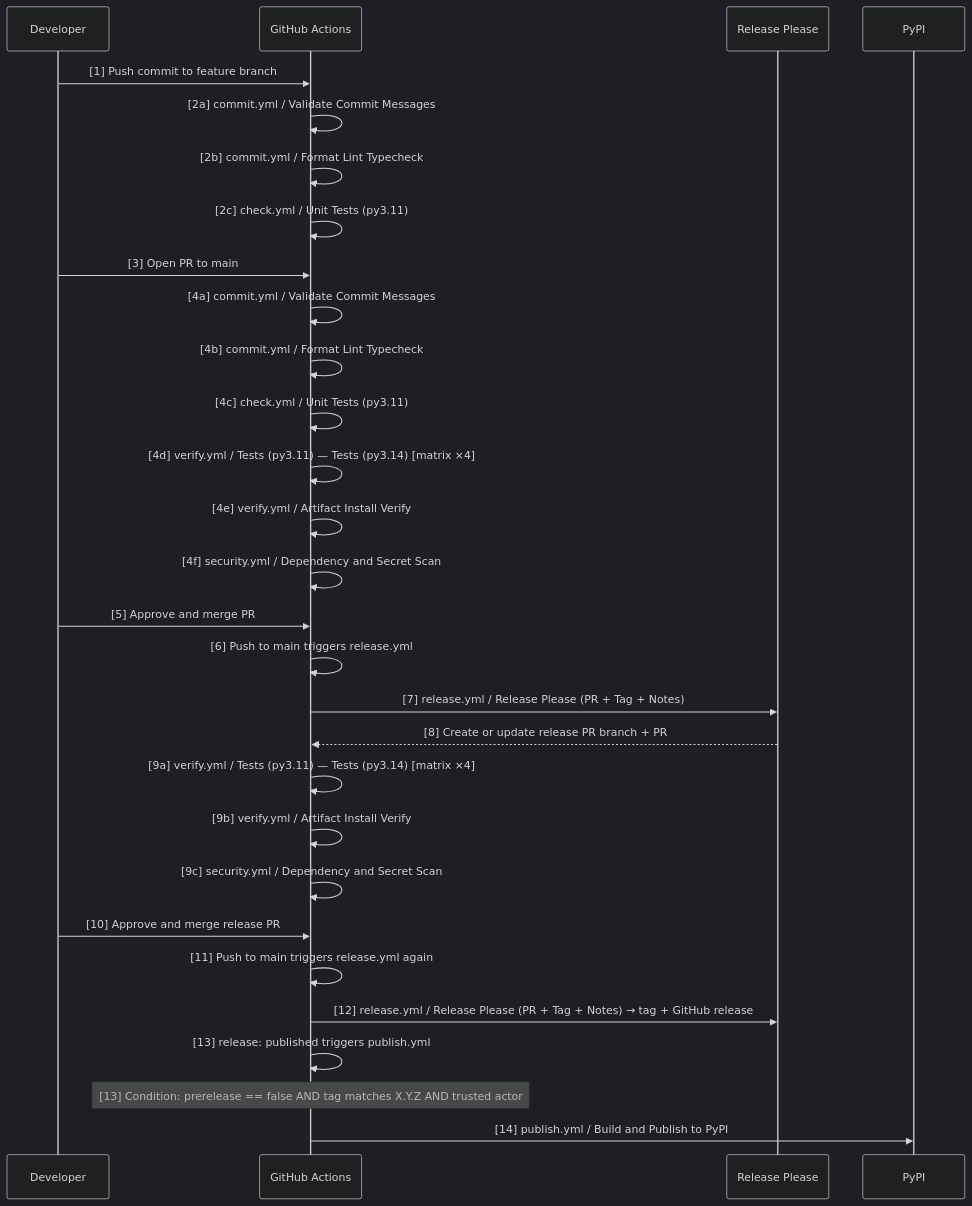
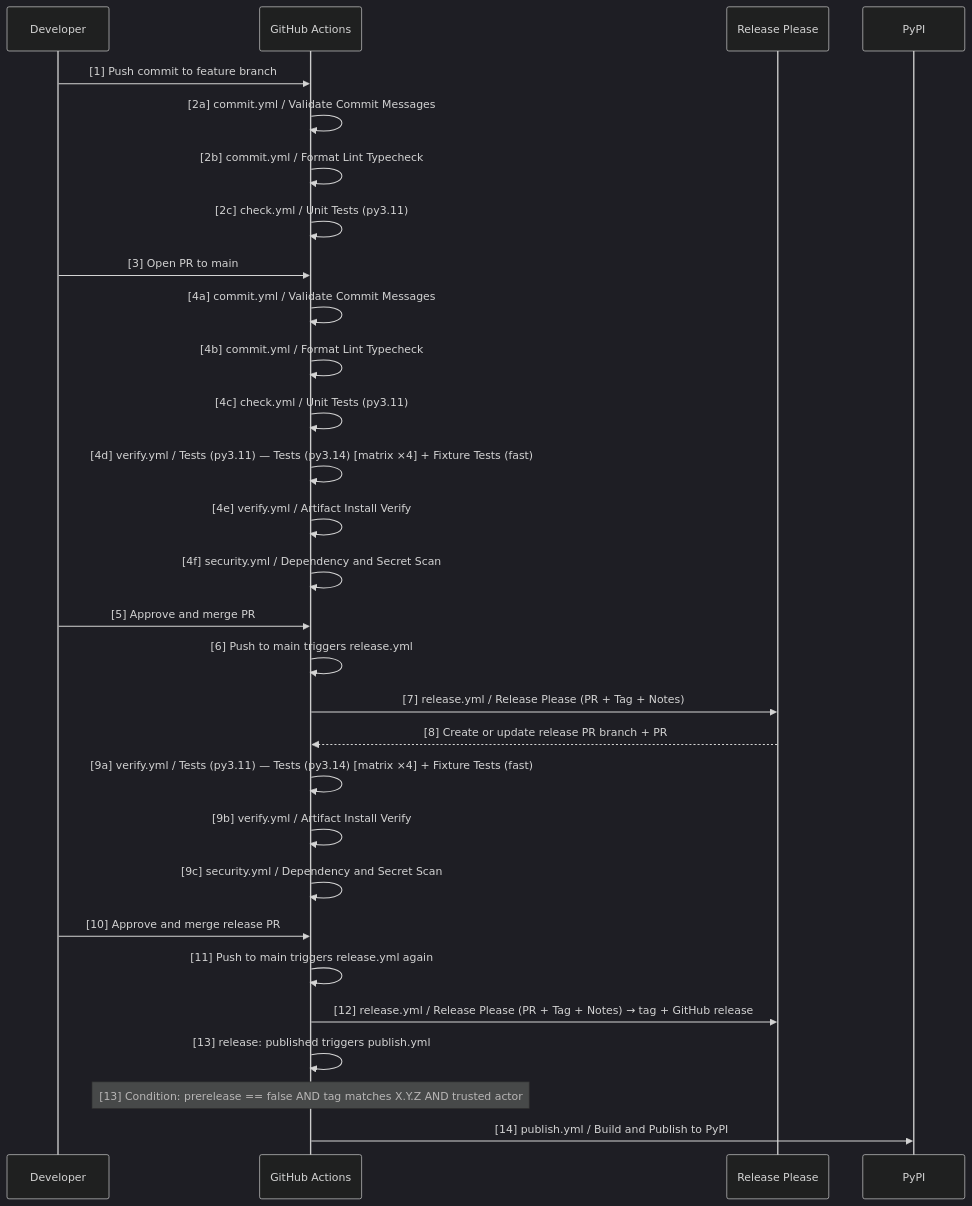
The first of 2 diagrams in docs/design/cicd.md (eschaar/vstack), drawn with Mermaid (dark theme) before and after one commit. The commit also changed other lines of this file and 214 other files, not shown here.

````diff
--- a/docs/design/cicd.md
+++ b/docs/design/cicd.md
@@ -38,36 +38,36 @@
 ```mermaid
 sequenceDiagram
    participant Dev as Developer
    participant GH as GitHub Actions
    participant RP as Release Please
    participant PyPI as PyPI
 
    Dev->>GH: [1] Push commit to feature branch
    GH->>GH: [2a] commit.yml / Validate Commit Messages
    GH->>GH: [2b] commit.yml / Format Lint Typecheck
    GH->>GH: [2c] check.yml / Unit Tests (py3.11)
 
    Dev->>GH: [3] Open PR to main
    GH->>GH: [4a] commit.yml / Validate Commit Messages
    GH->>GH: [4b] commit.yml / Format Lint Typecheck
    GH->>GH: [4c] check.yml / Unit Tests (py3.11)
-   GH->>GH: [4d] verify.yml / Tests (py3.11) — Tests (py3.14) [matrix ×4]
+   GH->>GH: [4d] verify.yml / Tests (py3.11) — Tests (py3.14) [matrix ×4] + Fixture Tests (fast)
    GH->>GH: [4e] verify.yml / Artifact Install Verify
    GH->>GH: [4f] security.yml / Dependency and Secret Scan
    Dev->>GH: [5] Approve and merge PR
 
    GH->>GH: [6] Push to main triggers release.yml
    GH->>RP: [7] release.yml / Release Please (PR + Tag + Notes)
    RP-->>GH: [8] Create or update release PR branch + PR
-   GH->>GH: [9a] verify.yml / Tests (py3.11) — Tests (py3.14) [matrix ×4]
+   GH->>GH: [9a] verify.yml / Tests (py3.11) — Tests (py3.14) [matrix ×4] + Fixture Tests (fast)
    GH->>GH: [9b] verify.yml / Artifact Install Verify
    GH->>GH: [9c] security.yml / Dependency and Secret Scan
 
    Dev->>GH: [10] Approve and merge release PR
    GH->>GH: [11] Push to main triggers release.yml again
    GH->>RP: [12] release.yml / Release Please (PR + Tag + Notes) → tag + GitHub release
 
    GH->>GH: [13] release: published triggers publish.yml
    Note over GH: [13] Condition: prerelease == false AND tag matches X.Y.Z AND trusted actor
    GH->>PyPI: [14] publish.yml / Build and Publish to PyPI
 ```
````
